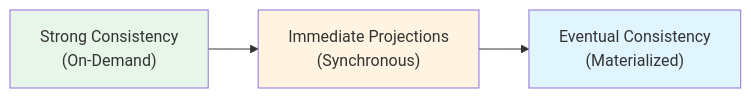
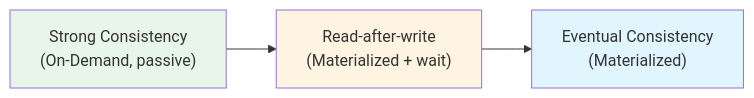
Before and after one commit to Cratis/Chronicle: the first of 3 diagrams in Documentation/read-models/consistency.md, drawn with Mermaid. The commit also changed other lines of this file and 19 other files, not shown here.

First line of the commit message:
Correct the read model consistency story

````diff
--- a/Documentation/read-models/consistency.md
+++ b/Documentation/read-models/consistency.md
@@ -16,12 +16,12 @@
 ```mermaid
 graph LR
-    A["Strong Consistency\n(On-Demand)"]
-    B["Immediate Projections\n(Synchronous)"]
+    A["Strong Consistency\n(On-Demand, passive)"]
+    B["Read-after-write\n(Materialized + wait)"]
     C["Eventual Consistency\n(Materialized)"]
 
     A --> B --> C
 
     style A fill:#e8f5e9
     style B fill:#fff4e1
     style C fill:#e1f5ff
 ```
````
